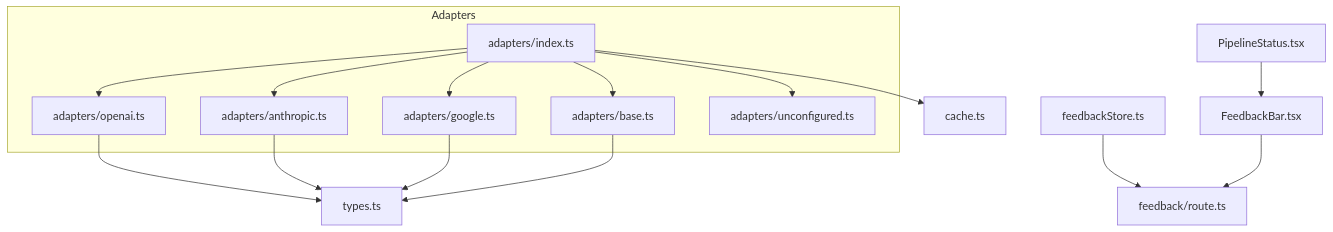
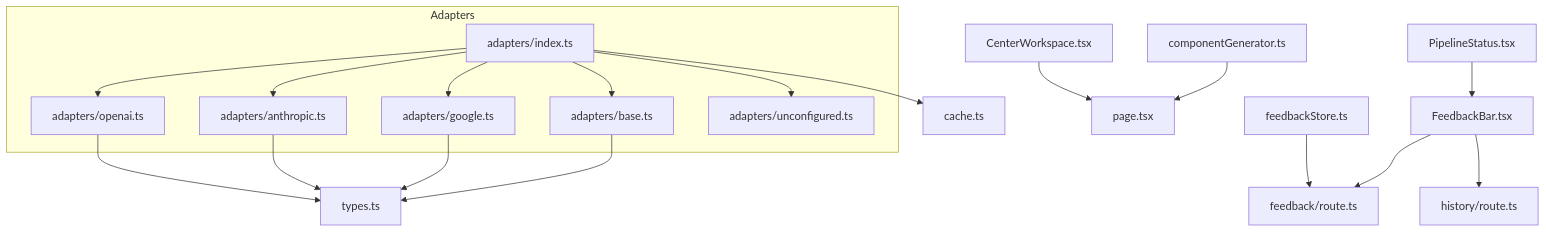
The first of 7 diagrams in .qoder/repowiki/en/content/Architecture & Design/Design Patterns/Design Patterns.md (shekhargiri005-dotcom/AI-powered-accessibility-first-UI-engine), drawn with Mermaid before and after one commit. The commit also changed other lines of this file and 71 other files, not shown here.

````diff
--- a/.qoder/repowiki/en/content/Architecture & Design/Design Patterns/Design Patterns.md
+++ b/.qoder/repowiki/en/content/Architecture & Design/Design Patterns/Design Patterns.md
@@ -50,30 +55,37 @@
 ```mermaid
 graph TB
 subgraph "Adapters"
 IDX["adapters/index.ts"]
 BASE["adapters/base.ts"]
 OPENAI["adapters/openai.ts"]
 ANTH["adapters/anthropic.ts"]
 GOOGLE["adapters/google.ts"]
 UNCONF["adapters/unconfigured.ts"]
 end
 TYPES["types.ts"]
 CACHE["cache.ts"]
 FEEDBACK_STORE["feedbackStore.ts"]
 FEEDBACK_API["feedback/route.ts"]
 FEEDBACK_BAR["FeedbackBar.tsx"]
 PIPELINE["PipelineStatus.tsx"]
+CHAT["CenterWorkspace.tsx"]
+PAGE["page.tsx"]
+COMP_GEN["componentGenerator.ts"]
+HISTORY_API["history/route.ts"]
 IDX --> BASE
 IDX --> OPENAI
 IDX --> ANTH
 IDX --> GOOGLE
 IDX --> UNCONF
 IDX --> CACHE
 OPENAI --> TYPES
 ANTH --> TYPES
 GOOGLE --> TYPES
 BASE --> TYPES
 FEEDBACK_STORE --> FEEDBACK_API
 FEEDBACK_BAR --> FEEDBACK_API
+FEEDBACK_BAR --> HISTORY_API
 PIPELINE --> FEEDBACK_BAR
+CHAT --> PAGE
+COMP_GEN --> PAGE
 ```
````
